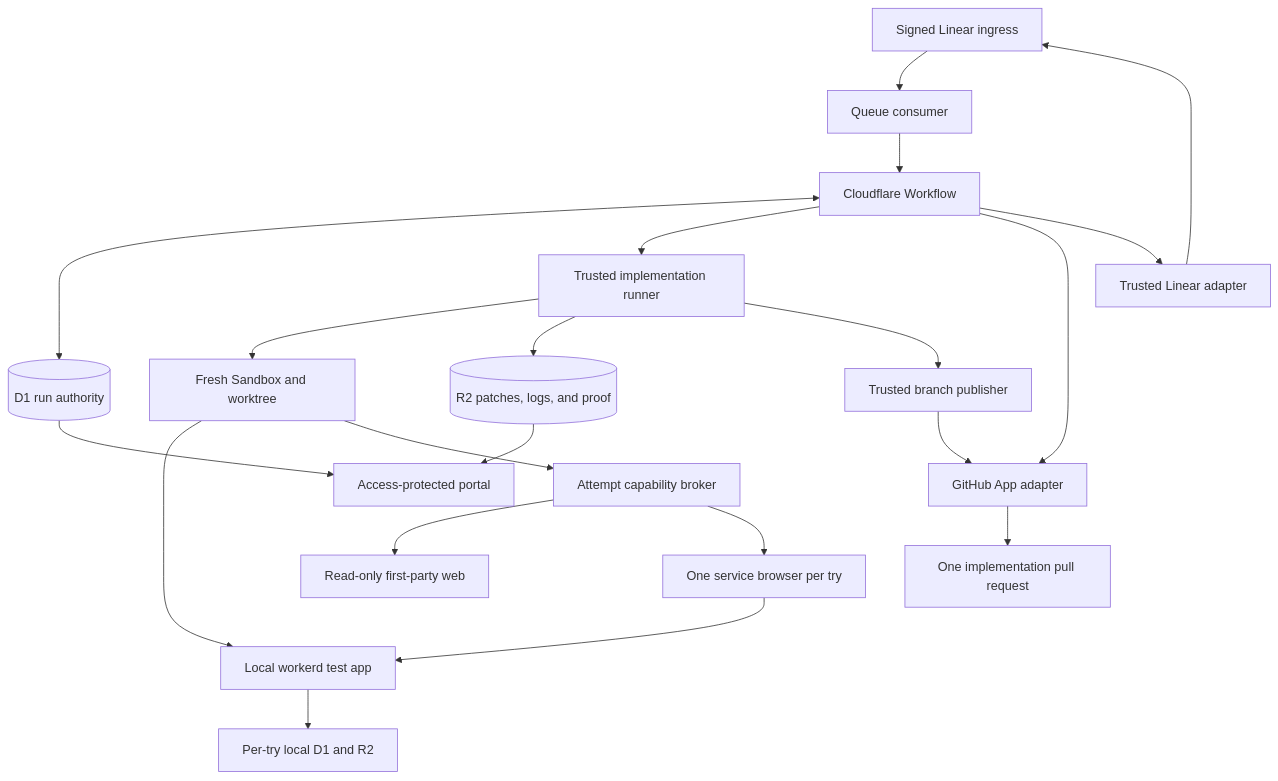
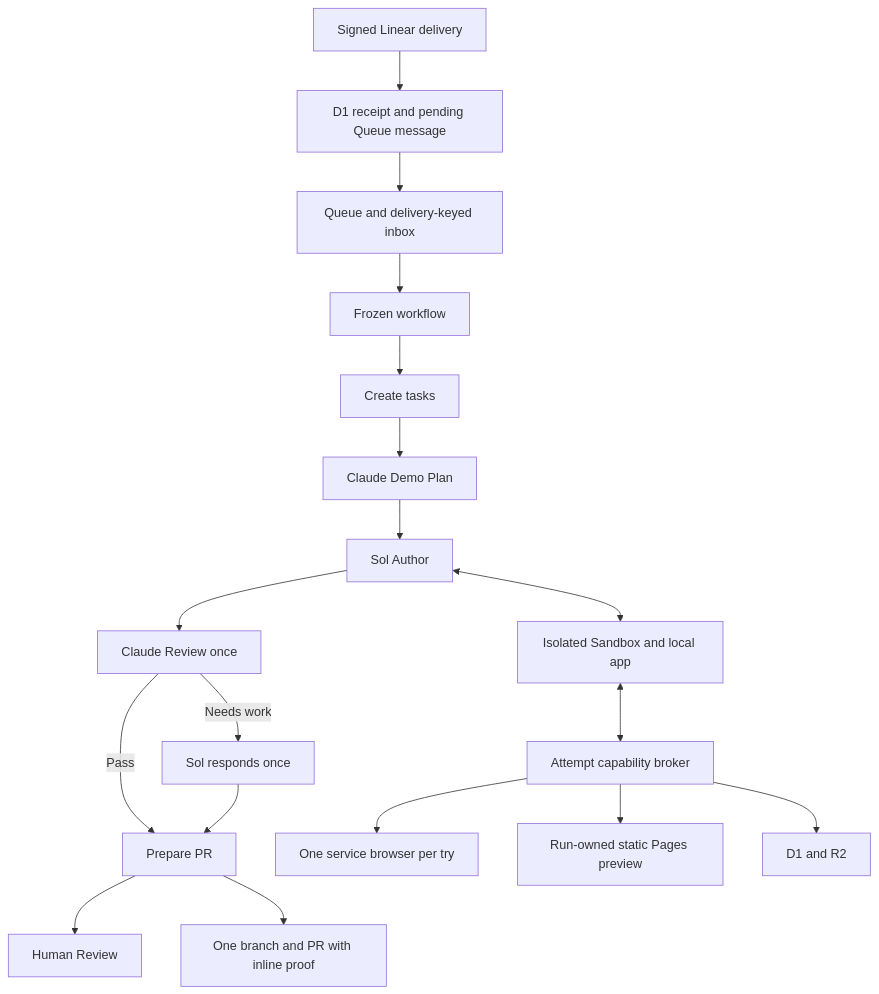
One commit to sachinkundu/deos changed the diagram in openspec/changes/sac-172/design.md. Above: the diagram before and after it, drawn with Mermaid. The commit also changed other lines of this file and 47 other files, not shown here.

Commit message:
Apply implementation canary lessons to runtime and recovery

````diff
--- a/openspec/changes/sac-172/design.md
+++ b/openspec/changes/sac-172/design.md
@@ -91,23 +28,20 @@
 ```mermaid
 flowchart TB
-    LI[Signed Linear ingress] --> Q[Queue consumer]
-    Q --> WF[Cloudflare Workflow]
-    WF <--> D1[(D1 run authority)]
-    WF --> TR[Trusted implementation runner]
-    TR --> SB[Fresh Sandbox and worktree]
-    SB --> APP[Local workerd test app]
-    APP --> DATA[Per-try local D1 and R2]
-    SB --> CAP[Attempt capability broker]
-    CAP --> DOC[Read-only first-party web]
-    CAP --> BR[One service browser per try]
-    BR --> APP
-    TR --> R2[(R2 patches, logs, and proof)]
-    TR --> BP[Trusted branch publisher]
-    BP --> GH[GitHub App adapter]
-    WF --> GH
-    WF --> LR[Trusted Linear adapter]
-    LR --> LI
-    GH --> PR[One implementation pull request]
-    D1 --> PORTAL[Access-protected portal]
-    R2 --> PORTAL
+    Linear[Signed Linear delivery] --> Outbox[D1 receipt and pending Queue message]
+    Outbox --> Queue[Queue and delivery-keyed inbox]
+    Queue --> Flow[Frozen workflow]
+    Flow --> Tasks[Create tasks]
+    Tasks --> Plan[Claude Demo Plan]
+    Plan --> Author[Sol Author]
+    Author --> Review[Claude Review once]
+    Review -->|Needs work| Reply[Sol responds once]
+    Review -->|Pass| Publish[Prepare PR]
+    Reply --> Publish
+    Publish --> Human[Human Review]
+    Author <--> Runtime[Isolated Sandbox and local app]
+    Runtime <--> Broker[Attempt capability broker]
+    Broker --> Browser[One service browser per try]
+    Broker --> Preview[Run-owned static Pages preview]
+    Broker --> Storage[D1 and R2]
+    Publish --> GitHub[One branch and PR with inline proof]
 ```
````
